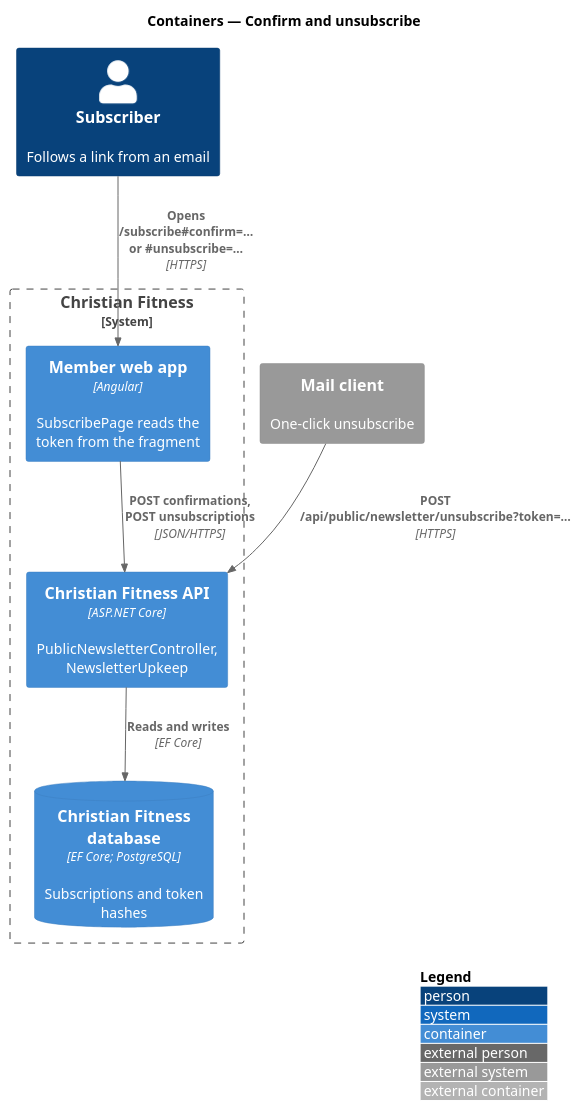
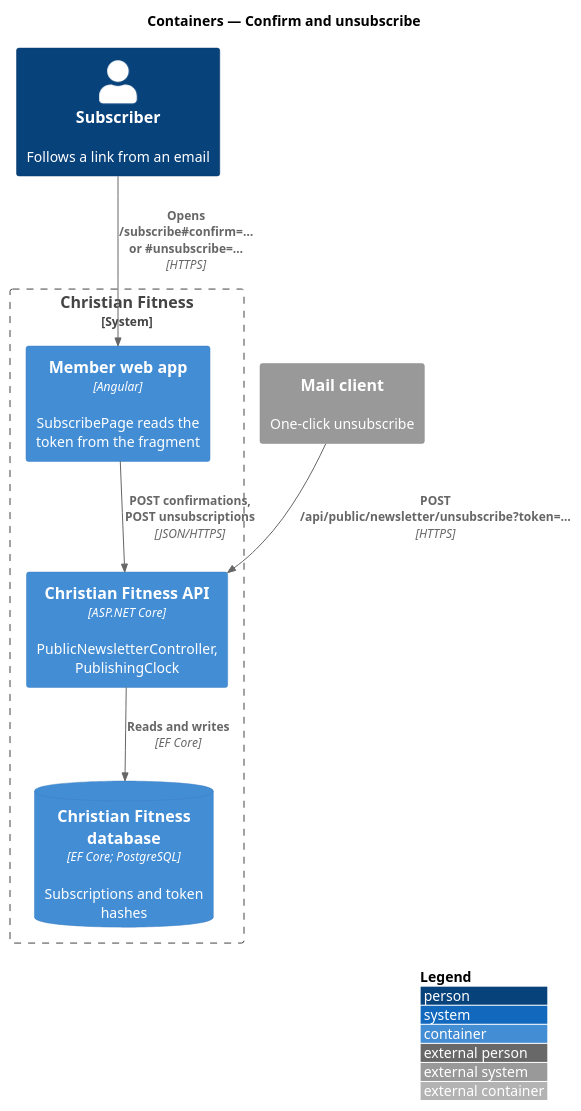
Before and after one commit to QuinntyneBrown/christian-fitness: the diagram in docs/detailed-designs/news/confirm-and-unsubscribe/diagrams/c4-container.puml, drawn with PlantUML. The commit also changed 43 other files, not shown here.

```diff
--- a/docs/detailed-designs/news/confirm-and-unsubscribe/diagrams/c4-container.puml
+++ b/docs/detailed-designs/news/confirm-and-unsubscribe/diagrams/c4-container.puml
@@ -1,17 +1,17 @@
 @startuml
 !include <C4/C4_Container>
 LAYOUT_WITH_LEGEND()
 title Containers — Confirm and unsubscribe
 
 Person(sub, "Subscriber", "Follows a link from an email")
 System_Ext(client, "Mail client", "One-click unsubscribe")
 System_Boundary(cf, "Christian Fitness") {
   Container(web, "Member web app", "Angular", "SubscribePage reads the token from the fragment")
-  Container(api, "Christian Fitness API", "ASP.NET Core", "PublicNewsletterController, NewsletterUpkeep")
+  Container(api, "Christian Fitness API", "ASP.NET Core", "PublicNewsletterController, PublishingClock")
   ContainerDb(db, "Christian Fitness database", "EF Core; PostgreSQL", "Subscriptions and token hashes")
 }
 Rel(sub, web, "Opens /subscribe#confirm=… or #unsubscribe=…", "HTTPS")
 Rel(web, api, "POST confirmations, POST unsubscriptions", "JSON/HTTPS")
 Rel(client, api, "POST /api/public/newsletter/unsubscribe?token=…", "HTTPS")
 Rel(api, db, "Reads and writes", "EF Core")
 @enduml
```
